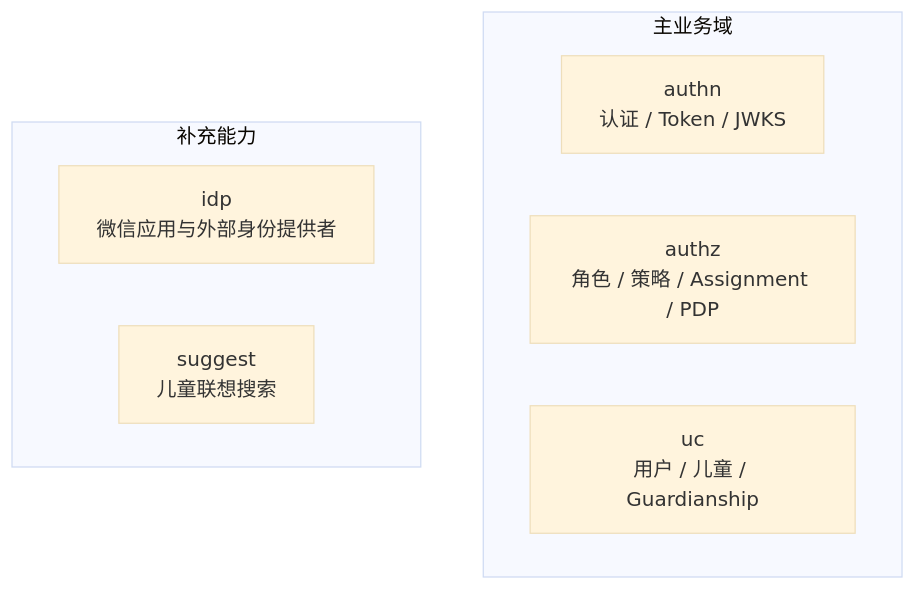
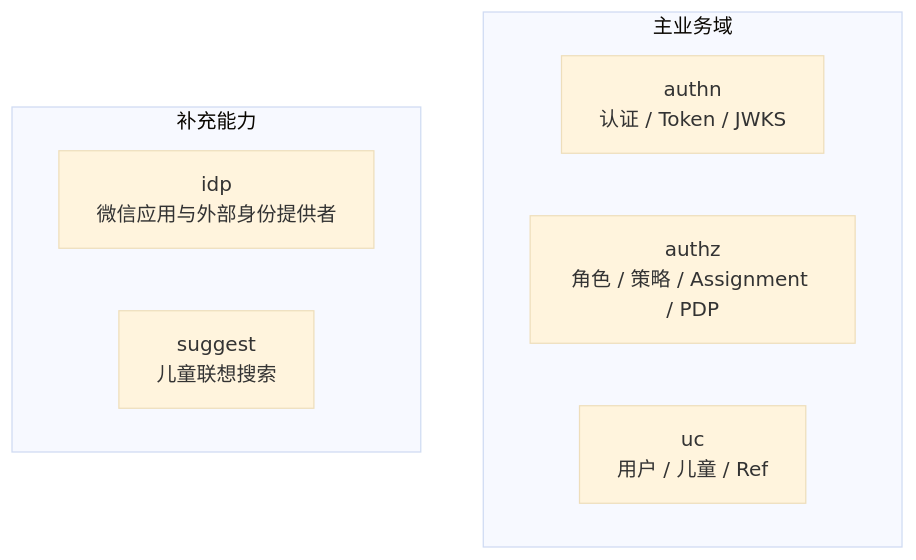
Before and after one commit to FangcunMount/iam: the third of 4 diagrams in docs/00-概览/01-系统架构总览.md, drawn with Mermaid (base theme). The commit also changed 216 other files, not shown here.

````diff
--- a/docs/00-概览/01-系统架构总览.md
+++ b/docs/00-概览/01-系统架构总览.md
@@ -175,13 +175,13 @@
 ```mermaid
 graph TB
     subgraph "主业务域"
         Authn["authn<br/>认证 / Token / JWKS"]
         Authz["authz<br/>角色 / 策略 / Assignment / PDP"]
-        UC["uc<br/>用户 / 儿童 / Guardianship"]
+        UC["uc<br/>用户 / 儿童 / Ref"]
     end
 
     subgraph "补充能力"
         IDP["idp<br/>微信应用与外部身份提供者"]
         Suggest["suggest<br/>儿童联想搜索"]
     end
 ```
````
